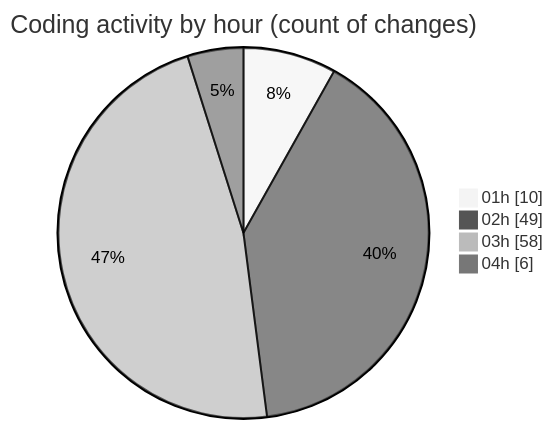
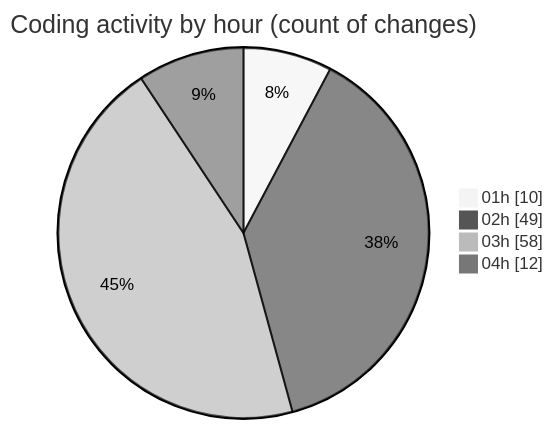
The second of 2 diagrams in 2025-11-21/eventscop-frontend-guide__workspace_/README.md (julien-gomy/code-tracking), drawn with Mermaid (neutral theme) before and after one commit. The commit also changed other lines of this file and 1 other file, not shown here.

````diff
--- a/2025-11-21/eventscop-frontend-guide__workspace_/README.md
+++ b/2025-11-21/eventscop-frontend-guide__workspace_/README.md
@@ -69,8 +71,8 @@
 ```mermaid
 pie showData
 title Coding activity by hour (count of changes)
 "01h" : 10
 "02h" : 49
 "03h" : 58
-"04h" : 6
+"04h" : 12
 ```
````
